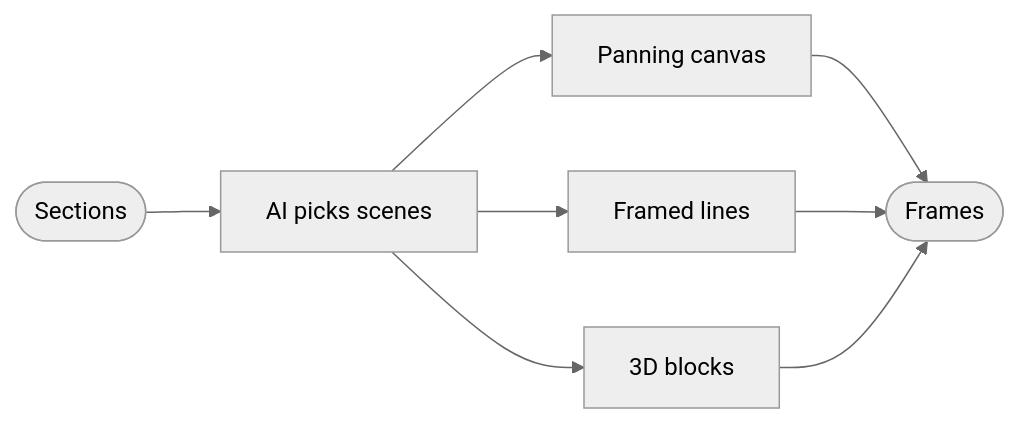
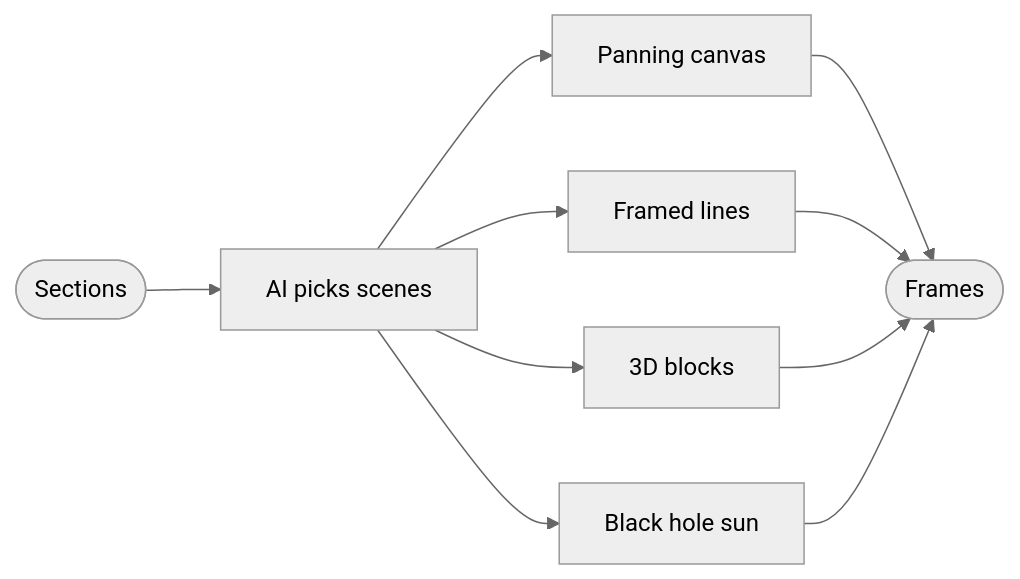
Before and after one commit to joncastillo/Kinetic_Lyrics: the third of 4 diagrams in README.md, drawn with Mermaid (neutral theme). The commit also changed other lines of this file and 38 other files, not shown here.

````diff
--- a/README.md
+++ b/README.md
@@ -203,8 +203,9 @@
 ```mermaid
 flowchart LR
     S([Sections]) --> A[AI picks scenes]
     A --> P[Panning canvas]
     A --> F[Framed lines]
     A --> B[3D blocks]
-    P & F & B --> V([Frames])
+    A --> C[Black hole sun]
+    P & F & B & C --> V([Frames])
 ```
````
